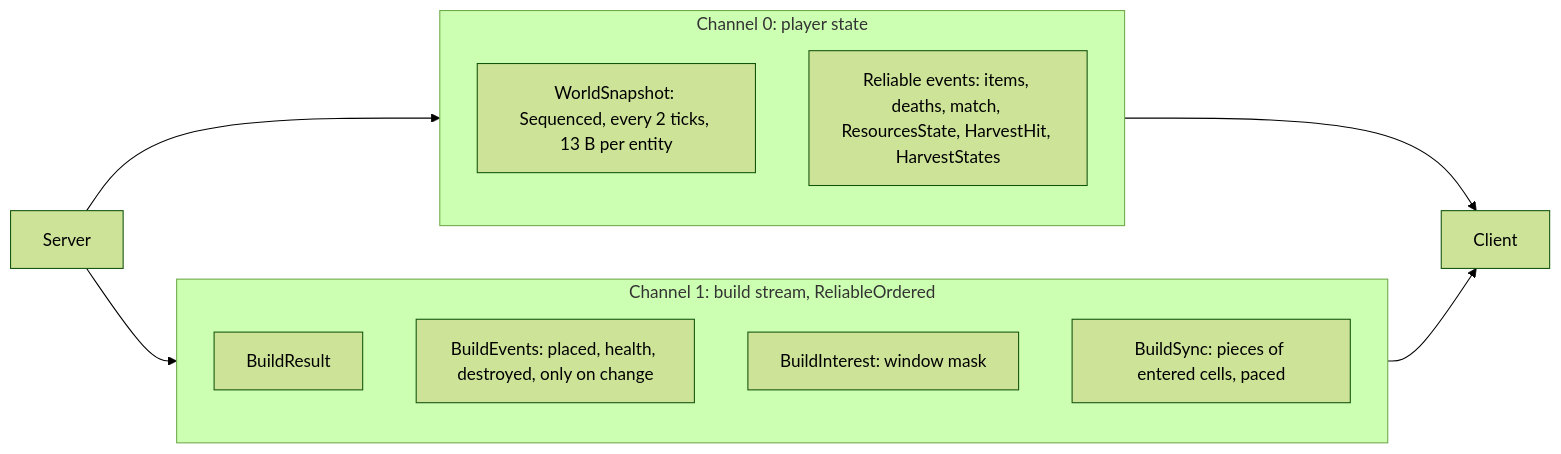
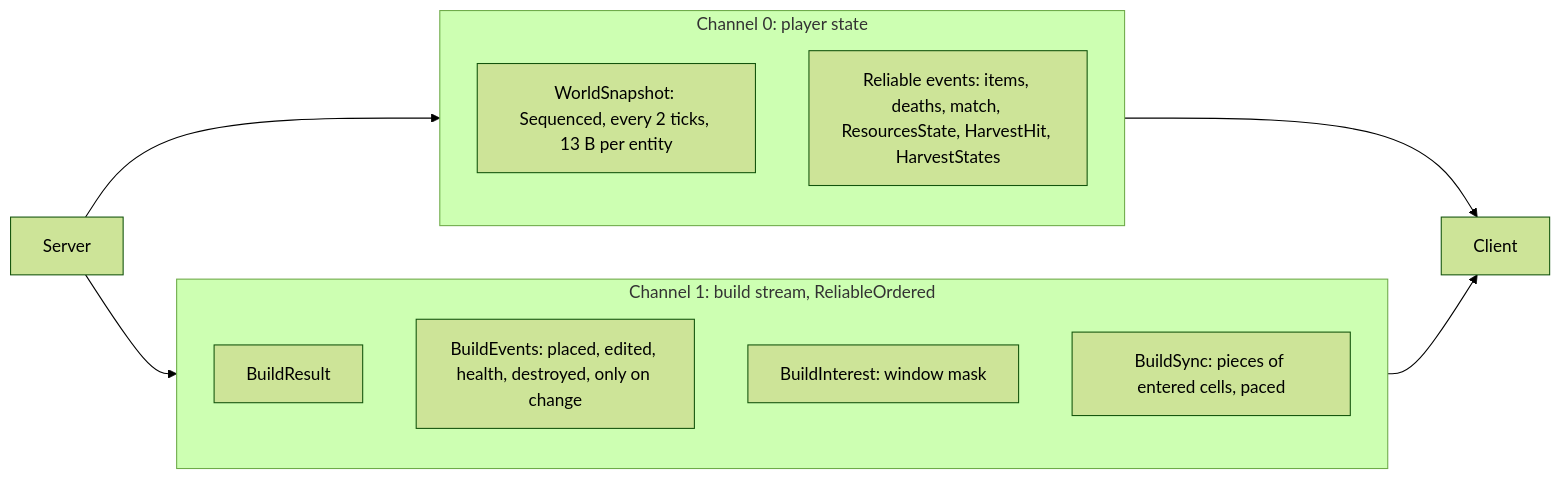
The fourth of 4 diagrams in Docs/Building.md (BerryBless/ProjectH), drawn with Mermaid (forest theme) before and after one commit. The commit also changed other lines of this file and 84 other files, not shown here.

````diff
--- a/Docs/Building.md
+++ b/Docs/Building.md
@@ -147,17 +147,17 @@
 ```mermaid
 flowchart LR
     subgraph Ch0[Channel 0: player state]
         Snap[WorldSnapshot: Sequenced, every 2 ticks, 13 B per entity]
         Rel[Reliable events: items, deaths, match, ResourcesState, HarvestHit, HarvestStates]
     end
     subgraph Ch1[Channel 1: build stream, ReliableOrdered]
         Res[BuildResult]
-        Ev[BuildEvents: placed, health, destroyed, only on change]
+        Ev[BuildEvents: placed, edited, health, destroyed, only on change]
         Int[BuildInterest: window mask]
         Sync[BuildSync: pieces of entered cells, paced]
     end
     Server --> Ch0
     Server --> Ch1
     Ch0 --> Client
     Ch1 --> Client
 ```
````
